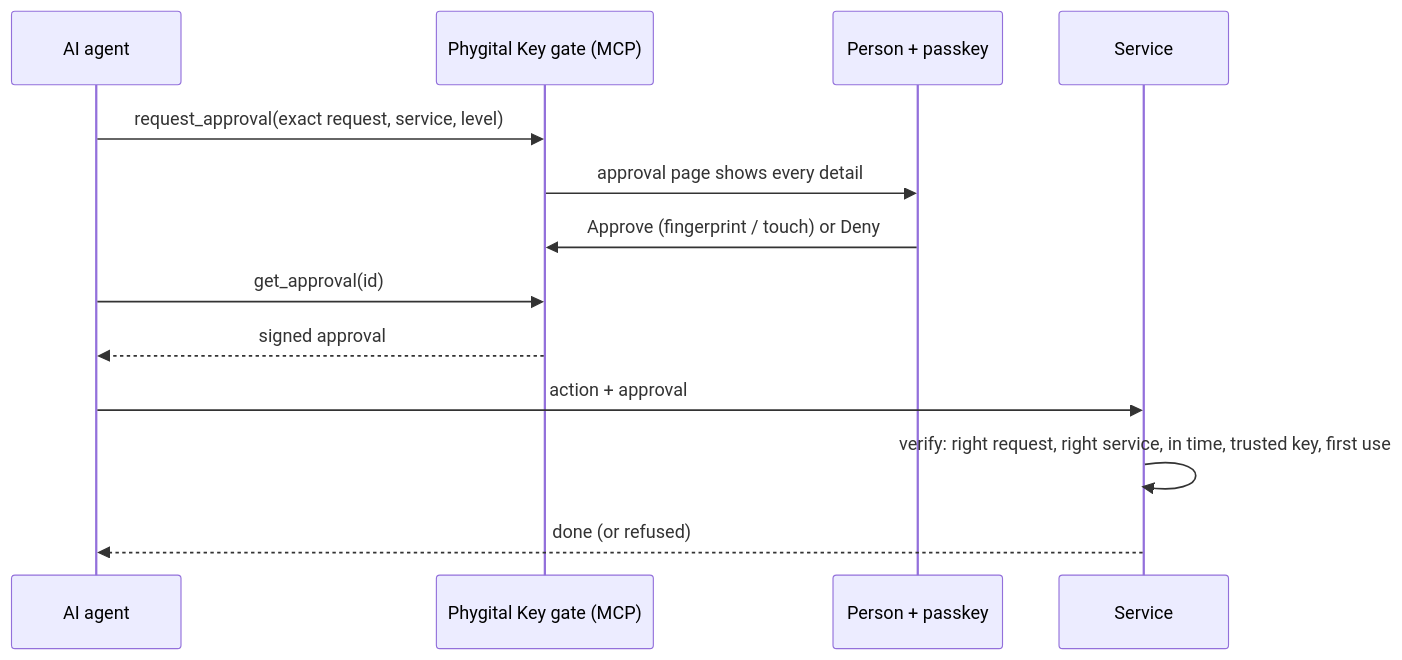
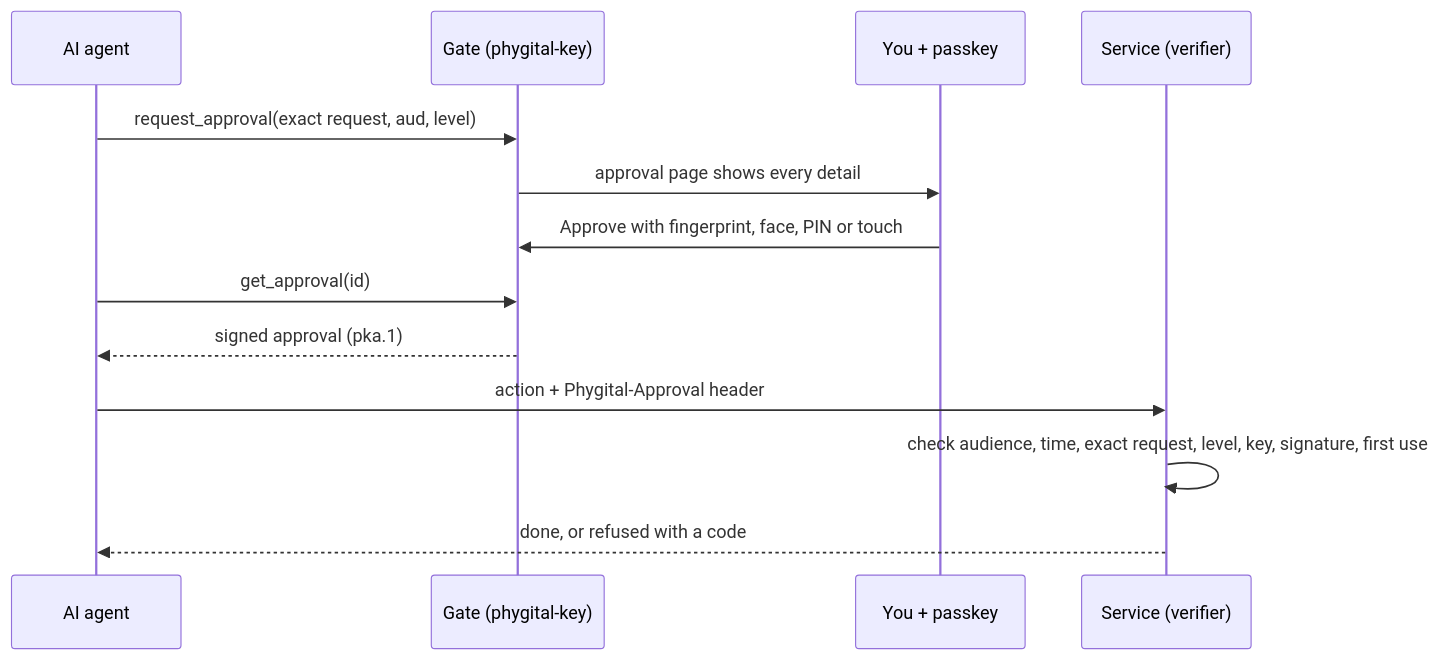
Before and after one commit to Phygital-Key/phygital-key: the first of 2 diagrams in README.md, drawn with Mermaid. The commit also changed other lines of this file and 90 other files, not shown here.

Commit message:
Complete documentation; signed automatic updates (release list signed with a key kept off GitHub, daily job, wait while busy, switch back on failure, phygital-key update); JS checker awaits async stores; page, MCP and CLI fixes; examples and their CI; 108 end-to-end checks

````diff
--- a/README.md
+++ b/README.md
@@ -16,15 +58,15 @@
 ```mermaid
 sequenceDiagram
     participant A as AI agent
-    participant G as Phygital Key gate (MCP)
-    participant P as Person + passkey
-    participant S as Service
-    A->>G: request_approval(exact request, service, level)
+    participant G as Gate (phygital-key)
+    participant P as You + passkey
+    participant S as Service (verifier)
+    A->>G: request_approval(exact request, aud, level)
     G->>P: approval page shows every detail
-    P->>G: Approve (fingerprint / touch) or Deny
+    P->>G: Approve with fingerprint, face, PIN or touch
     A->>G: get_approval(id)
-    G-->>A: signed approval
-    A->>S: action + approval
-    S->>S: verify: right request, right service, in time, trusted key, first use
-    S-->>A: done (or refused)
+    G-->>A: signed approval (pka.1)
+    A->>S: action + Phygital-Approval header
+    S->>S: check audience, time, exact request, level, key, signature, first use
+    S-->>A: done, or refused with a code
 ```
````
